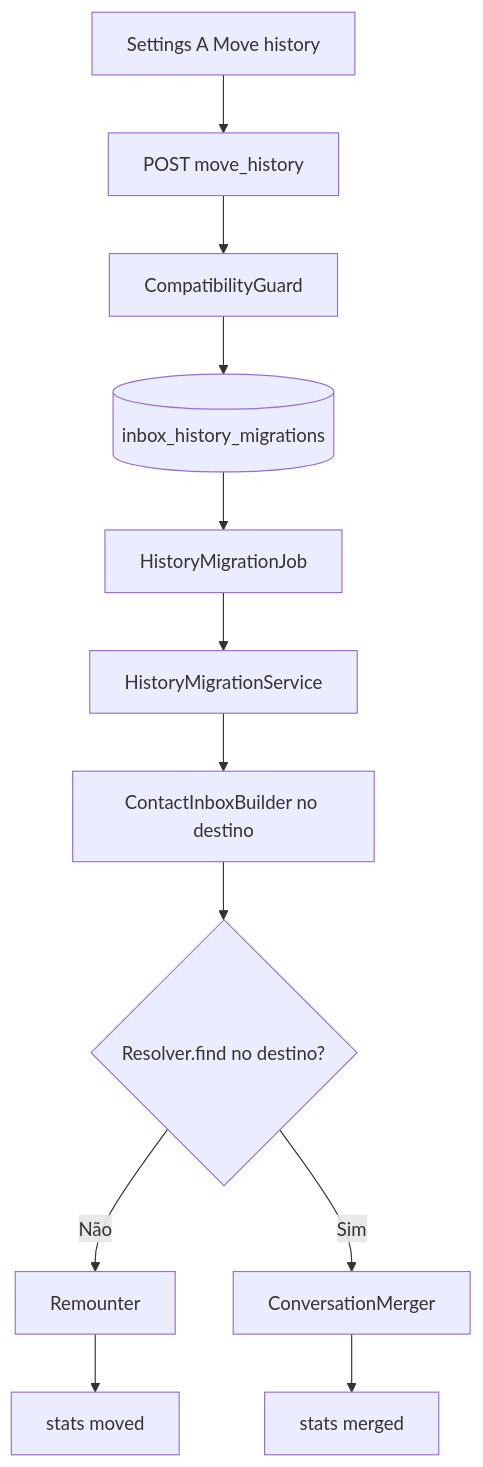
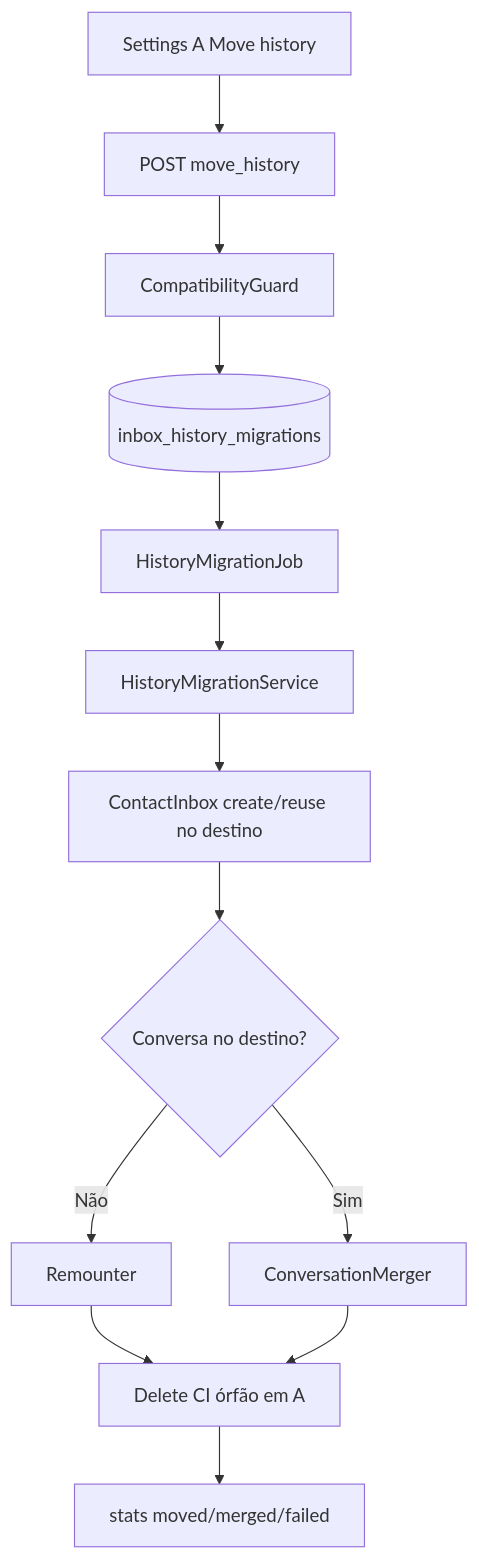
One commit to cesar-carlos/chatwoot changed the diagram in doc/feature/inbox-history-migration/README.md. Above: the diagram before and after it, drawn with Mermaid. The commit also changed other lines of this file and 20 other files, not shown here.

First line of the commit message:
fix(fork): harden inbox history migration UX and remount safety

````diff
--- a/doc/feature/inbox-history-migration/README.md
+++ b/doc/feature/inbox-history-migration/README.md
@@ -60,14 +62,15 @@
 ```mermaid
 flowchart TD
   UI[Settings A Move history] --> API["POST move_history"]
   API --> Guard[CompatibilityGuard]
   Guard --> Row[(inbox_history_migrations)]
   Row --> Job[HistoryMigrationJob]
   Job --> Svc[HistoryMigrationService]
-  Svc --> CI[ContactInboxBuilder no destino]
-  CI --> Resolve{Resolver.find no destino?}
+  Svc --> CI["ContactInbox create/reuse no destino"]
+  CI --> Resolve{Conversa no destino?}
   Resolve -->|Não| Remount[Remounter]
   Resolve -->|Sim| Merge[ConversationMerger]
-  Remount --> Stats[stats moved]
-  Merge --> Stats2[stats merged]
+  Remount --> Cleanup[Delete CI órfão em A]
+  Merge --> Cleanup
+  Cleanup --> Stats[stats moved/merged/failed]
 ```
````
